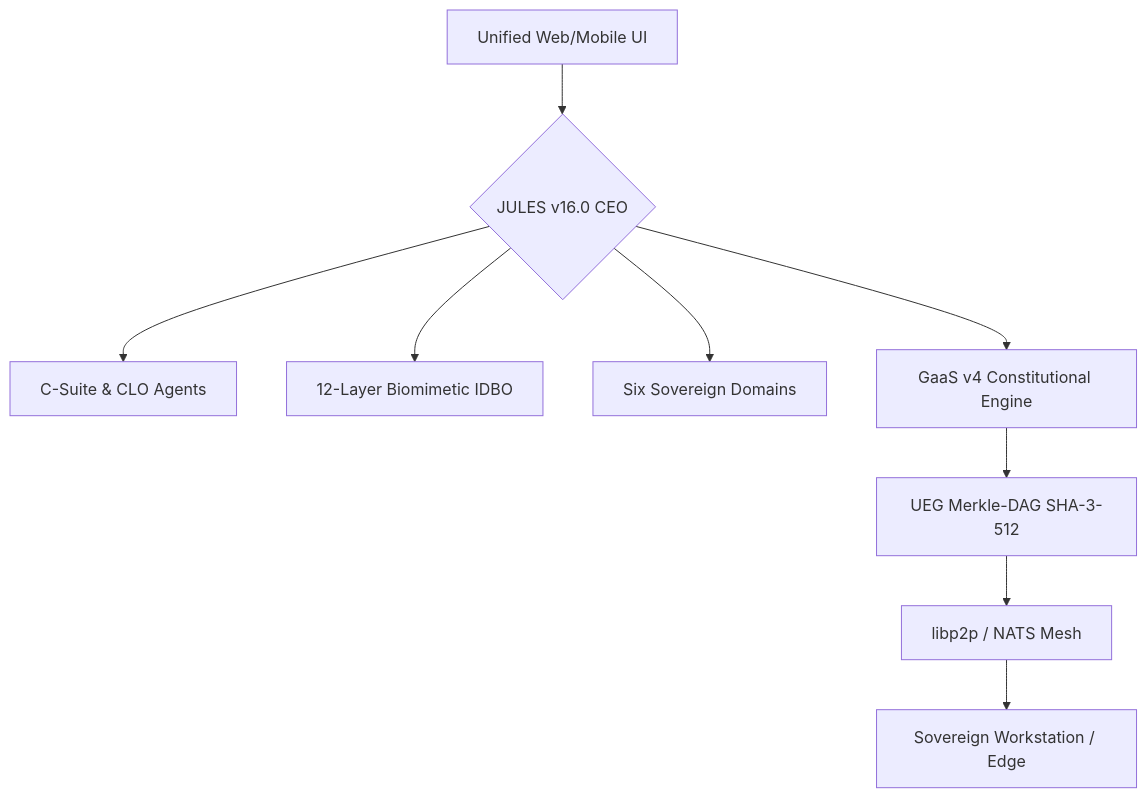
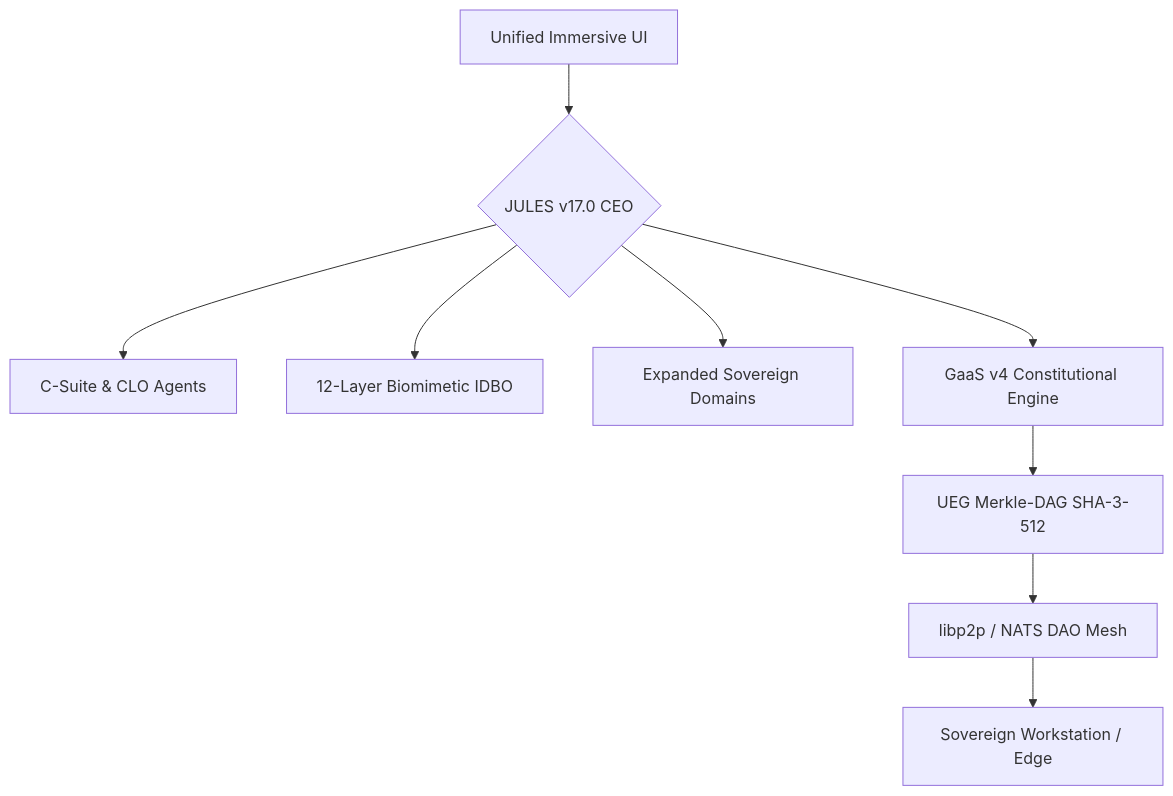
Before and after one commit to Rehan719/Workstation: the diagram in README.md, drawn with Mermaid. The commit also changed other lines of this file and 18 other files, not shown here.

First line of the commit message:
JULES: Ω-RECURSION WORKSTATION SOVEREIGN DIGITAL ORGANISM v17.0 Master Release

````diff
--- a/README.md
+++ b/README.md
@@ -30,11 +30,11 @@
 ```mermaid
 graph TD
-    A[Unified Web/Mobile UI] --> B{JULES v16.0 CEO}
+    A[Unified Immersive UI] --> B{JULES v17.0 CEO}
     B --> C[C-Suite & CLO Agents]
     B --> D[12-Layer Biomimetic IDBO]
-    B --> E[Six Sovereign Domains]
+    B --> E[Expanded Sovereign Domains]
     B --> F[GaaS v4 Constitutional Engine]
     F --> G[UEG Merkle-DAG SHA-3-512]
-    G --> H[libp2p / NATS Mesh]
+    G --> H[libp2p / NATS DAO Mesh]
     H --> I[Sovereign Workstation / Edge]
 ```
````
